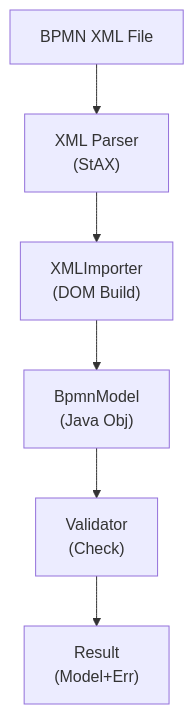
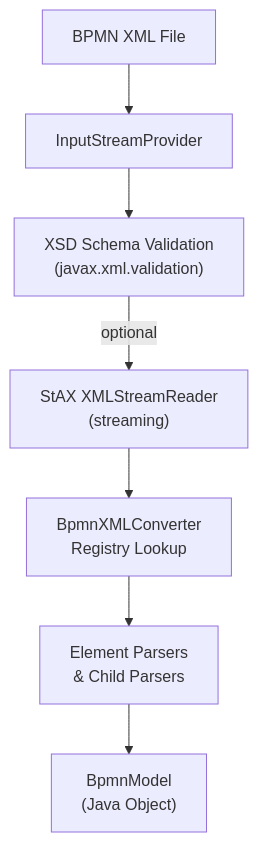
Before and after one commit to CaptainGlac1er/activiti-documentation: the first of 2 diagrams in docs/api-reference/engine-api/bpmn-converter.md, drawn with Mermaid. The commit also changed other lines of this file and 53 other files, not shown here.

````diff
--- a/docs/api-reference/engine-api/bpmn-converter.md
+++ b/docs/api-reference/engine-api/bpmn-converter.md
@@ -63,15 +90,17 @@
 ```mermaid
 flowchart TD
     XMLFile["BPMN XML File"]
-    Parser["XML Parser<br>(StAX)"]
-    Importer["XMLImporter<br>(DOM Build)"]
-    Model["BpmnModel<br>(Java Obj)"]
-    Validator["Validator<br>(Check)"]
-    Result["Result<br>(Model+Err)"]
-    
-    XMLFile --> Parser
-    Parser --> Importer
-    Importer --> Model
-    Model --> Validator
-    Validator --> Result
+    Stream["InputStreamProvider"]
+    XSD["XSD Schema Validation<br>(javax.xml.validation)"]
+    StAX["StAX XMLStreamReader<br>(streaming)"]
+    Registry["BpmnXMLConverter<br>Registry Lookup"]
+    Parsers["Element Parsers<br>& Child Parsers"]
+    Model["BpmnModel<br>(Java Object)"]
+
+    XMLFile --> Stream
+    Stream --> XSD
+    XSD -->|optional| StAX
+    StAX --> Registry
+    Registry --> Parsers
+    Parsers --> Model
 ```
````
